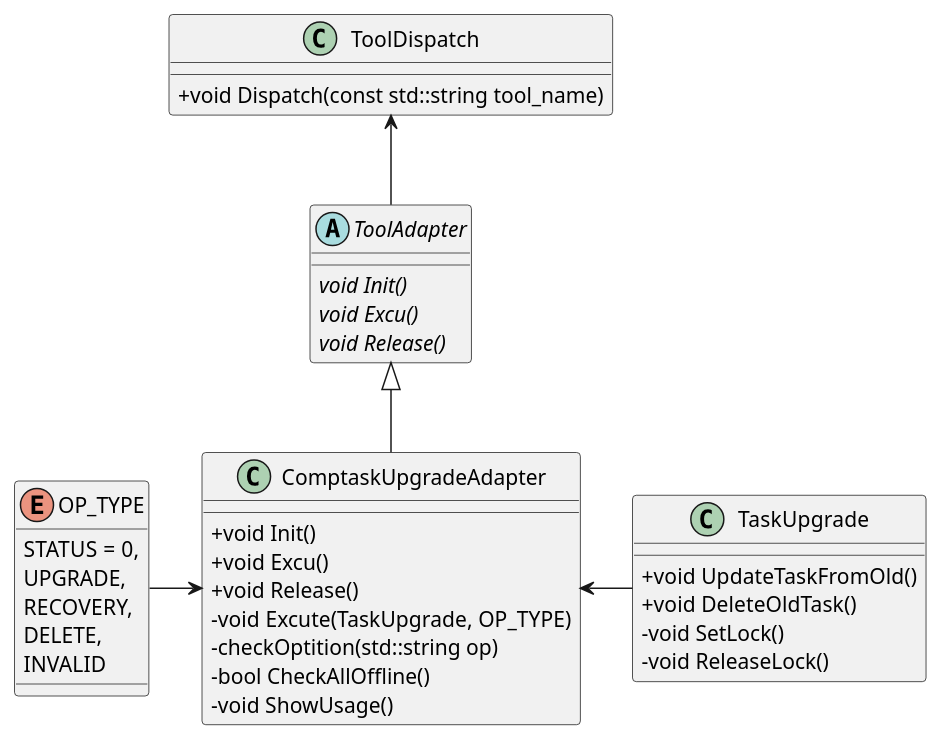
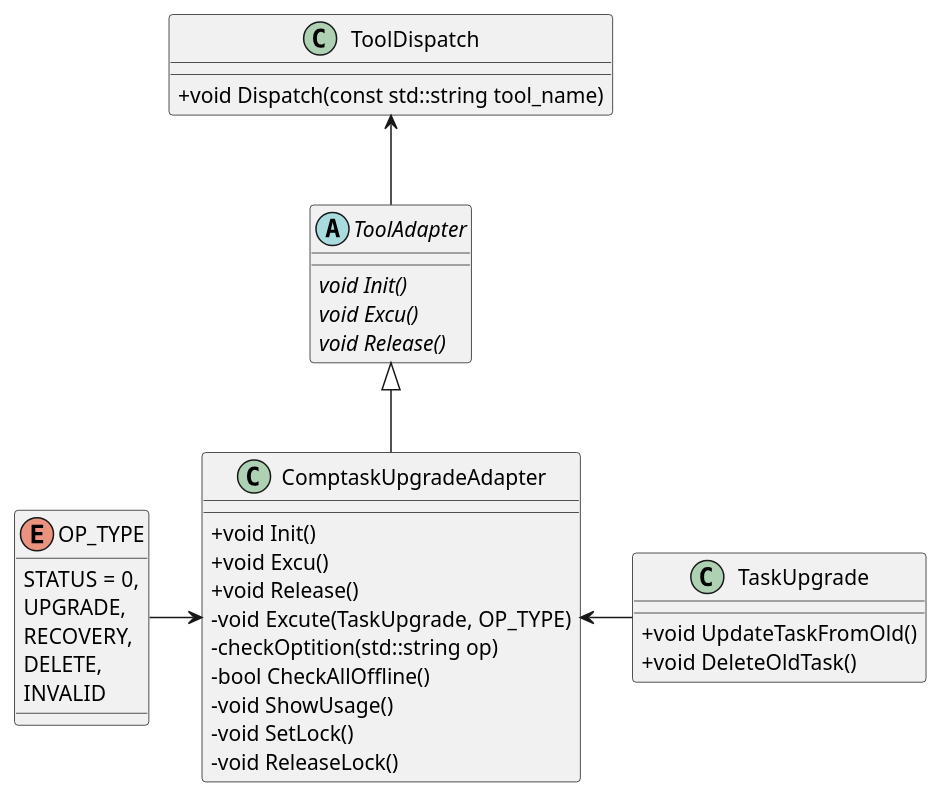
Before and after one commit to HarpsealCC/note: diagram 20 of 24 in 东方国信工作资料/compaction/Compaction任务升级方案.md, drawn with PlantUML. The commit also changed other lines of this file, not shown here.

````diff
--- a/东方国信工作资料/compaction/Compaction任务升级方案.md
+++ b/东方国信工作资料/compaction/Compaction任务升级方案.md
@@ -519,39 +533,39 @@
 ```plantuml
 @startuml
 skinparam classAttributeIconSize 0
 class ToolDispatch {
     +void Dispatch(const std::string tool_name)
 }
 abstract class ToolAdapter {
     {abstract}void Init()
     {abstract}void Excu()
     {abstract}void Release()
 }
 class ComptaskUpgradeAdapter {
     +void Init()
     +void Excu()
     +void Release()
     -void Excute(TaskUpgrade, OP_TYPE)
     -  checkOptition(std::string op)
     -bool CheckAllOffline()
     -void ShowUsage()
+    -void SetLock()
+    -void ReleaseLock()
 }
 class TaskUpgrade {
     +void UpdateTaskFromOld()
     +void DeleteOldTask()
-    -void SetLock()
-    -void ReleaseLock()
 }
 enum OP_TYPE {
     STATUS = 0,
     UPGRADE,
     RECOVERY,
     DELETE,
     INVALID
 }
 ToolAdapter <|-- ComptaskUpgradeAdapter
 ToolDispatch <-- ToolAdapter
 ComptaskUpgradeAdapter <- TaskUpgrade
 OP_TYPE -> ComptaskUpgradeAdapter
 @enduml
 ```
````
